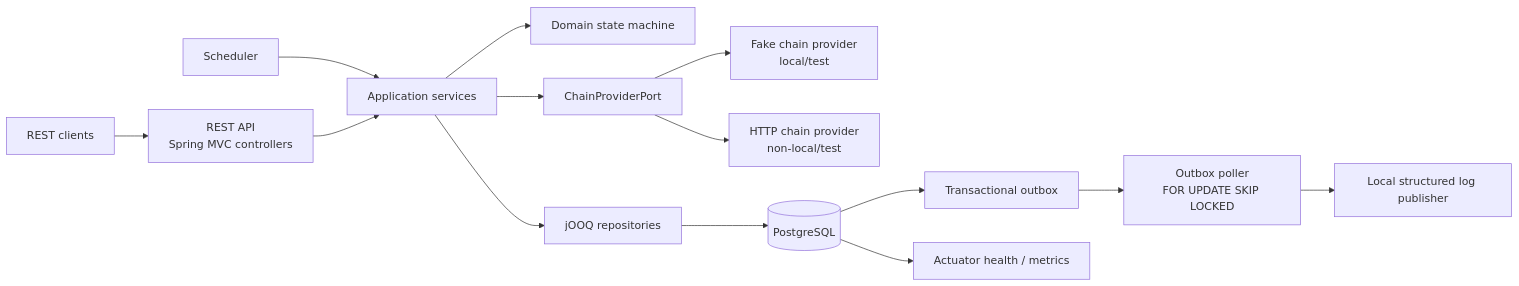
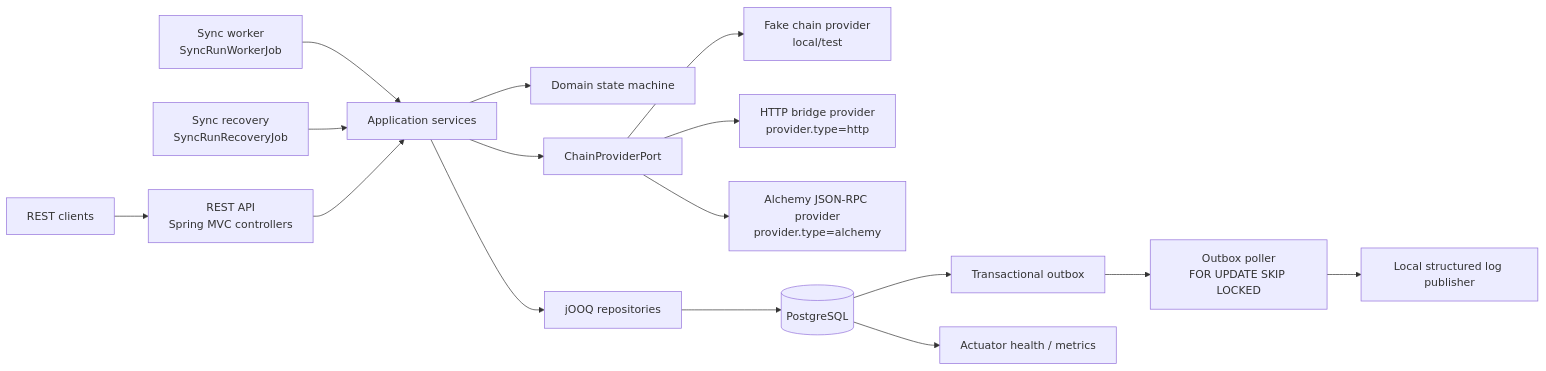
One commit to AsyncAssassin/asset-sync-service changed the diagram in README.md. Above: the diagram before and after it, drawn with Mermaid. The commit also changed other lines of this file and 12 other files, not shown here.

````diff
--- a/README.md
+++ b/README.md
@@ -48,16 +48,18 @@
 ```mermaid
 flowchart LR
     client["REST clients"] --> api["REST API<br/>Spring MVC controllers"]
-    scheduler["Scheduler"] --> services["Application services"]
+    worker["Sync worker<br/>SyncRunWorkerJob"] --> services["Application services"]
+    recovery["Sync recovery<br/>SyncRunRecoveryJob"] --> services
     api --> services
     services --> state["Domain state machine"]
     services --> providerPort["ChainProviderPort"]
     providerPort --> fakeProvider["Fake chain provider<br/>local/test"]
-    providerPort --> httpProvider["HTTP chain provider<br/>non-local/test"]
+    providerPort --> httpProvider["HTTP bridge provider<br/>provider.type=http"]
+    providerPort --> alchemyProvider["Alchemy JSON-RPC provider<br/>provider.type=alchemy"]
     services --> repos["jOOQ repositories"]
     repos --> db[("PostgreSQL")]
     db --> outbox["Transactional outbox"]
     outbox --> poller["Outbox poller<br/>FOR UPDATE SKIP LOCKED"]
     poller --> publisher["Local structured log publisher"]
     db --> actuator["Actuator health / metrics"]
 ```
````
